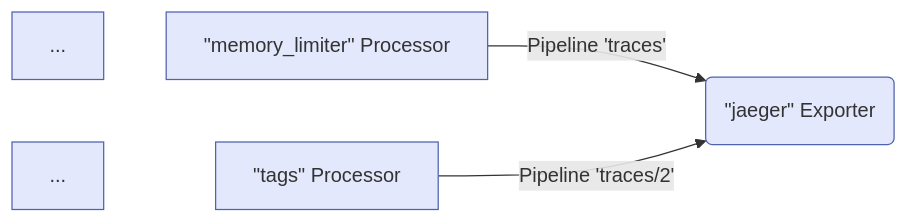
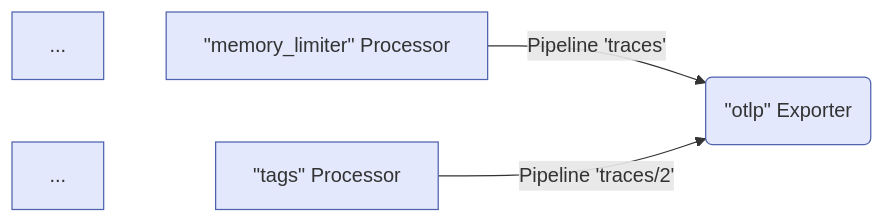
The third of 7 diagrams in content/en/docs/collector/architecture.md (open-telemetry/opentelemetry.io), drawn with Mermaid before and after one commit. The commit also changed other lines of this file, not shown here.

Commit message:
Change mentions of jaeger exporter to otlp

````diff
--- a/content/en/docs/collector/architecture.md
+++ b/content/en/docs/collector/architecture.md
@@ -197,9 +197,9 @@
 ```mermaid
 flowchart LR
     M1[...] ~~~ P1["`#quot;memory_limiter#quot; Processor`"]
     M2[...] ~~~ P2["`#quot;tags#quot; Processor`"]
-    P1 -->|Pipeline 'traces'|E1("`#quot;jaeger#quot; Exporter`")
-    P2 -->|Pipeline 'traces/2'|E1("`#quot;jaeger#quot; Exporter`")
+    P1 -->|Pipeline 'traces'|E1("`#quot;otlp#quot; Exporter`")
+    P2 -->|Pipeline 'traces/2'|E1("`#quot;otlp#quot; Exporter`")
 
     classDef default fill:#e3e8fc,stroke:#4f62ad;
 ```
````
